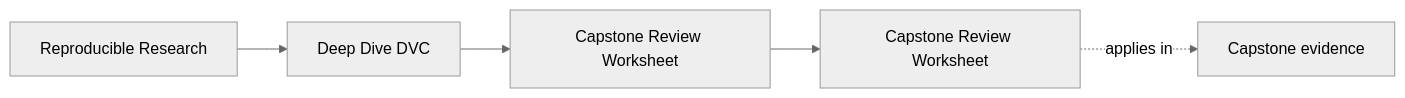
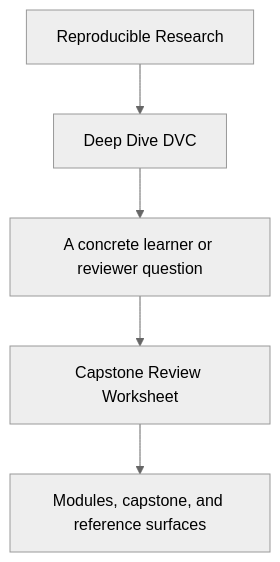
Before and after one commit to bijux/bijux-masterclass: the first of 2 diagrams in programs/reproducible-research/deep-dive-dvc/course-book/guides/capstone-review-worksheet.md, drawn with Mermaid (neutral theme). The commit also changed other lines of this file and 31 other files, not shown here.

Commit message:
docs(deep-dive-dvc): sharpen guide and reference diagrams

````diff
--- a/programs/reproducible-research/deep-dive-dvc/course-book/guides/capstone-review-worksheet.md
+++ b/programs/reproducible-research/deep-dive-dvc/course-book/guides/capstone-review-worksheet.md
@@ -9,11 +9,7 @@
 ```mermaid
-graph LR
-  family["Reproducible Research"]
-  program["Deep Dive DVC"]
-  section["Capstone Review Worksheet"]
-  page["Capstone Review Worksheet"]
-  capstone["Capstone evidence"]
-
-  family --> program --> section --> page
-  page -.applies in.-> capstone
+flowchart TD
+  family["Reproducible Research"] --> program["Deep Dive DVC"]
+  program --> pressure["A concrete learner or reviewer question"]
+  pressure --> guide["Capstone Review Worksheet"]
+  guide --> next["Modules, capstone, and reference surfaces"]
 ```
````
